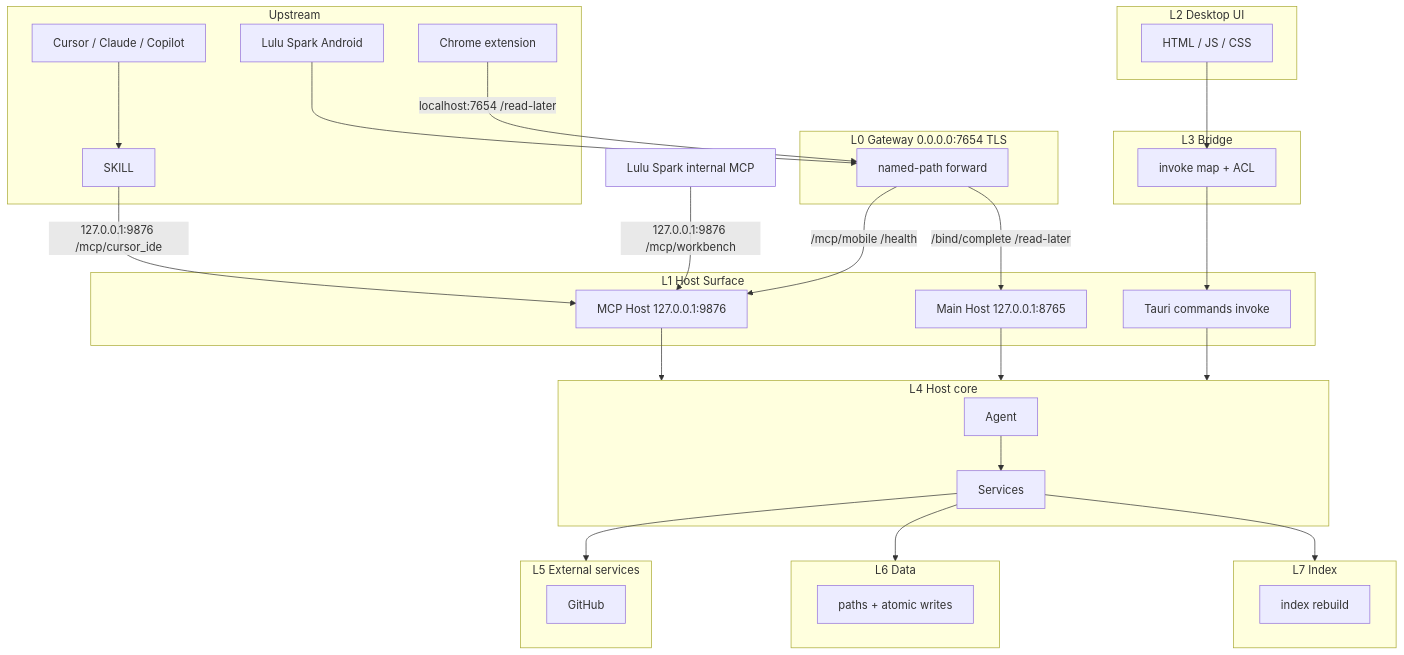
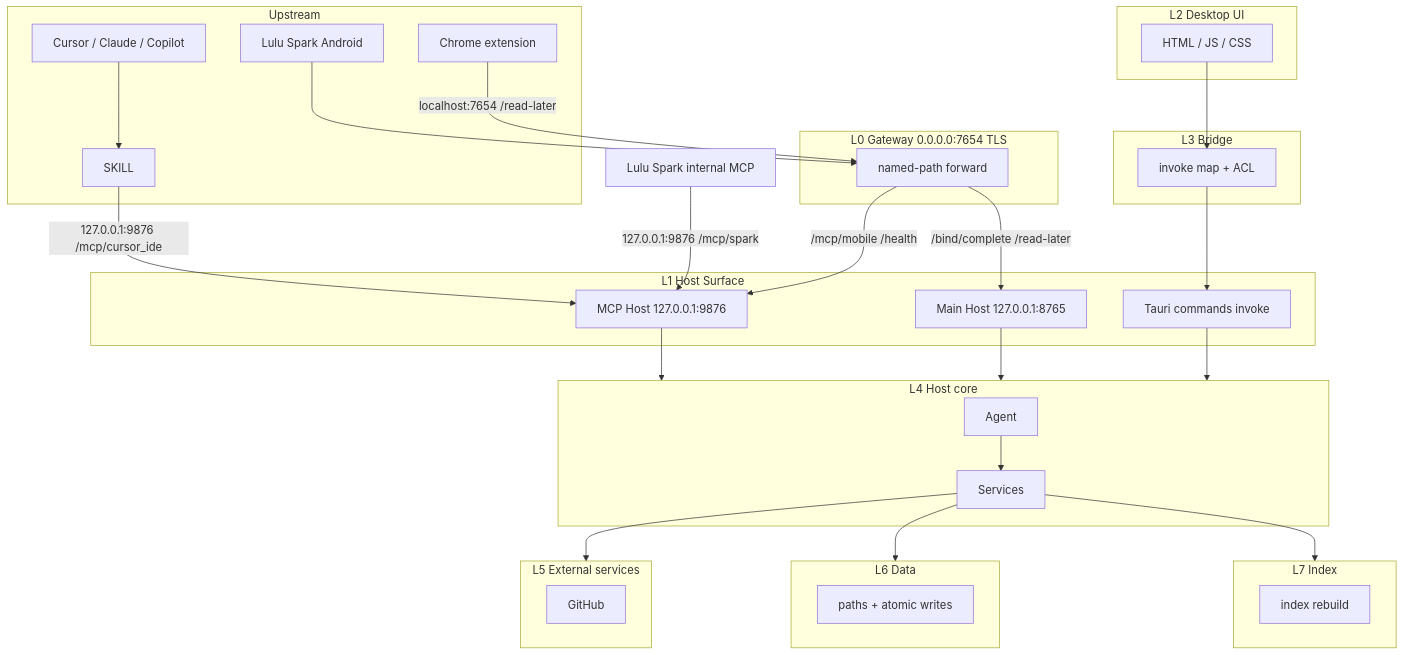
The diagram in docs/architecture/arch-layer-constraints.md (lulufoo/lulu-spark), drawn with Mermaid before and after one commit. The commit also changed other lines of this file and 147 other files, not shown here.

First line of the commit message:
chore(contract): rename OTH-45 protocol fields from workbench to spark

````diff
--- a/docs/architecture/arch-layer-constraints.md
+++ b/docs/architecture/arch-layer-constraints.md
@@ -7,62 +7,62 @@
 ```mermaid
 flowchart TB
   subgraph UP["Upstream"]
     IDE[Cursor / Claude / Copilot]
     SKILL[SKILL]
     AND[Lulu Spark Android]
     CHROME[Chrome extension]
   end
 
   subgraph L0["L0 Gateway  0.0.0.0:7654 TLS"]
     GW[named-path forward]
   end
 
   subgraph L2["L2 Desktop UI"]
     UI[HTML / JS / CSS]
   end
 
   subgraph L3["L3 Bridge"]
     BR[invoke map + ACL]
   end
 
   subgraph L1["L1 Host Surface"]
     MCP["MCP Host  127.0.0.1:9876"]
     MAIN["Main Host  127.0.0.1:8765"]
     CMD["Tauri commands  invoke"]
   end
 
   subgraph L4["L4 Host core"]
     AGT[Agent]
     SVC[Services]
   end
 
   subgraph L5["L5 External services"]
     INT[GitHub]
   end
 
   subgraph L6["L6 Data"]
     REPO[paths + atomic writes]
   end
 
   subgraph L7["L7 Index"]
     IDX[index rebuild]
   end
 
   INTMCP[Lulu Spark internal MCP]
 
   IDE --> SKILL
   SKILL -->|127.0.0.1:9876 /mcp/cursor_ide| MCP
   AND --> GW
   CHROME -->|localhost:7654 /read-later| GW
   GW -->|/mcp/mobile /health| MCP
   GW -->|/bind/complete /read-later| MAIN
-  INTMCP -->|127.0.0.1:9876 /mcp/workbench| MCP
+  INTMCP -->|127.0.0.1:9876 /mcp/spark| MCP
   UI --> BR --> CMD
   MCP --> L4
   MAIN --> L4
   CMD --> L4
   AGT --> SVC
   SVC --> L5
   SVC --> L6
   SVC --> L7
 ```
````
